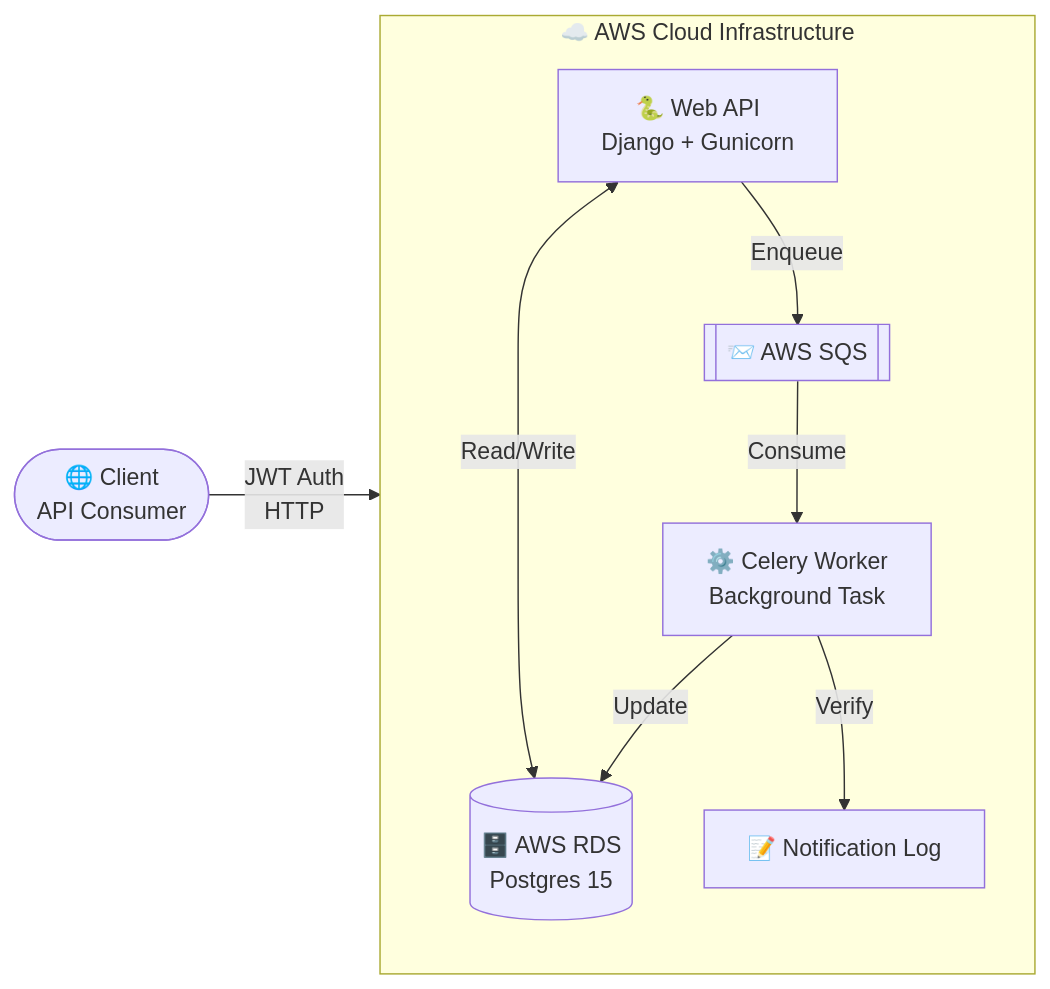
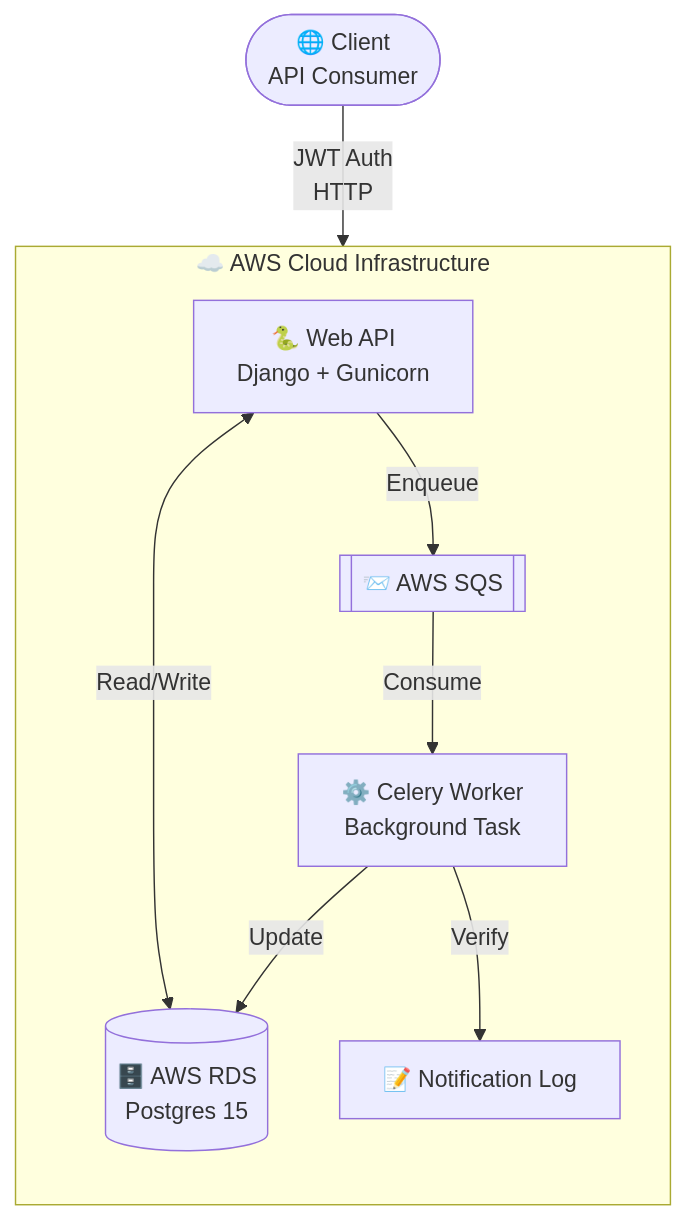
Before and after one commit to Krishna-pendyala05/django-payment-notification-service: the diagram in README.md, drawn with Mermaid.

Commit message:
Docs: Update architecture diagram to Top-Down (TD) orientation for better readability

````diff
--- a/README.md
+++ b/README.md
@@ -41,14 +41,14 @@
 ```mermaid
-graph LR
+graph TD
     Client(["🌐 Client\nAPI Consumer"]) -->|"JWT Auth\nHTTP"| Web["🐍 Web API\nDjango + Gunicorn"]
 
     subgraph CLOUD["☁️ AWS Cloud Infrastructure"]
         direction TB
         Web
         Web <-->|"Read/Write"| RDS[("🗄️ AWS RDS\nPostgres 15")]
         Web -->|"Enqueue"| SQS[[📨 AWS SQS]]
         SQS -->|"Consume"| Worker["⚙️ Celery Worker\nBackground Task"]
         Worker -->|"Update"| RDS
         Worker -->|"Verify"| Log["📝 Notification Log"]
     end
 ```
````
